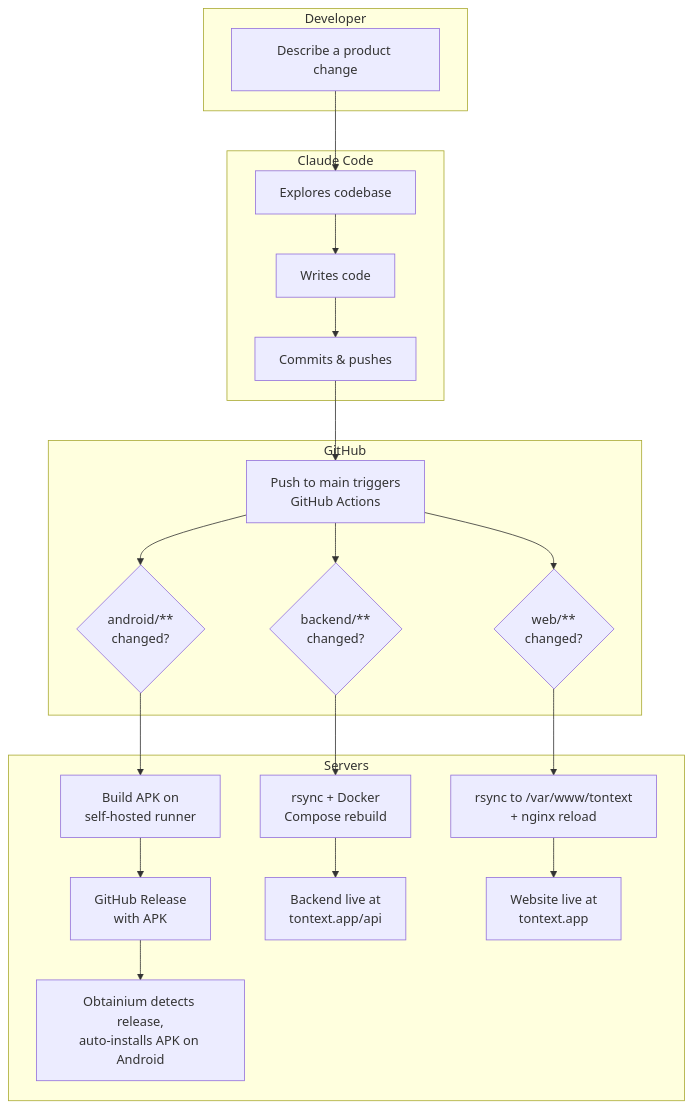
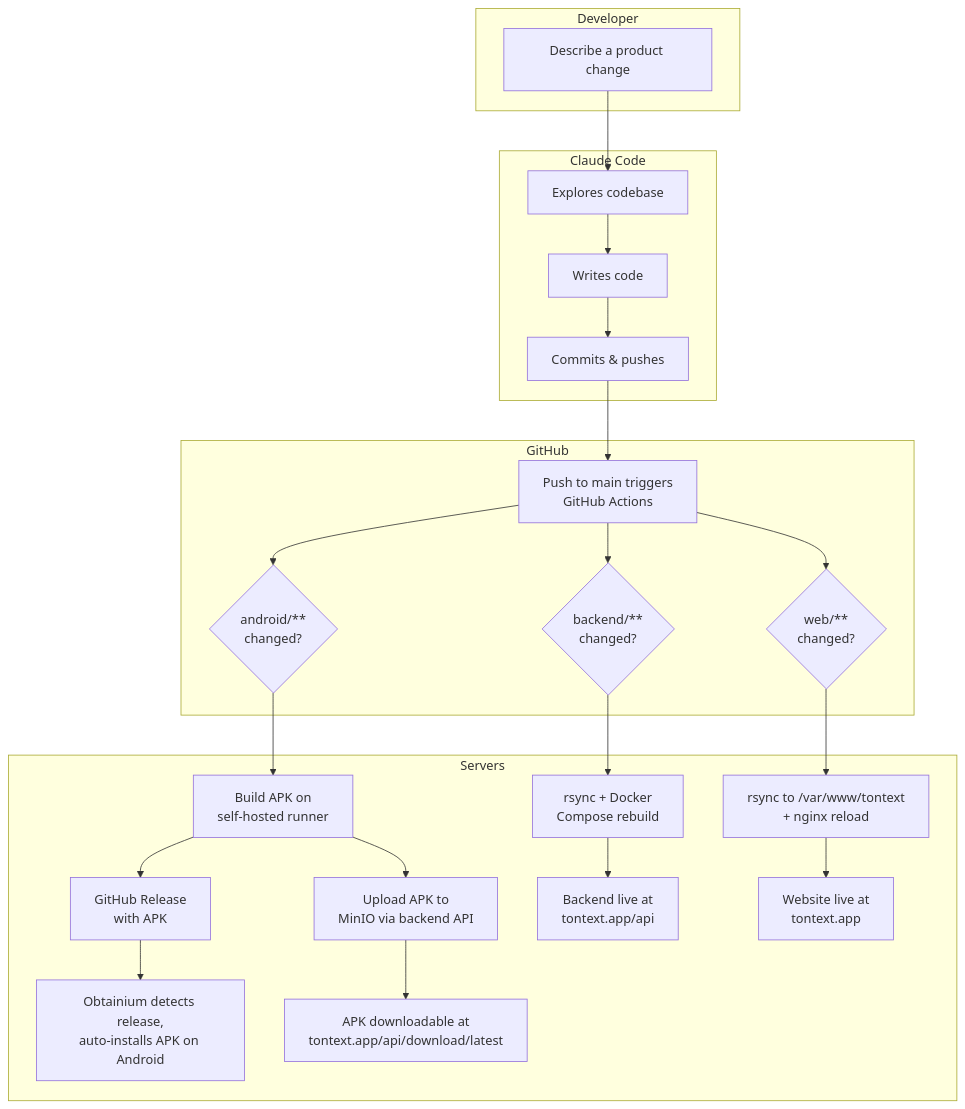
One commit to inaplay/tontext-android changed the diagram in README.md. Above: the diagram before and after it, drawn with Mermaid. The commit also changed other lines of this file, not shown here.

Commit message:
Update README diagram to show APK upload to MinIO after build
The build pipeline now has two distribution paths: GitHub Release for
Obtainium auto-updates, and MinIO upload for tontext.app/api/download.

````diff
--- a/README.md
+++ b/README.md
@@ -24,42 +24,45 @@
 ```mermaid
 graph TD
     subgraph Developer
         A[Describe a product change]
     end
 
     subgraph Claude_Code [Claude Code]
         B[Explores codebase]
         C[Writes code]
         D[Commits & pushes]
     end
 
     subgraph GitHub
         E[Push to main triggers<br/>GitHub Actions]
         F1{android/**<br/>changed?}
         F2{backend/**<br/>changed?}
         F3{web/**<br/>changed?}
     end
 
     subgraph Servers
         G1[Build APK on<br/>self-hosted runner]
         G2[rsync + Docker<br/>Compose rebuild]
         G3[rsync to /var/www/tontext<br/>+ nginx reload]
         H1[GitHub Release<br/>with APK]
+        H1b[Upload APK to<br/>MinIO via backend API]
         H2[Backend live at<br/>tontext.app/api]
         H3[Website live at<br/>tontext.app]
         I1[Obtainium detects release,<br/>auto-installs APK on Android]
+        I1b[APK downloadable at<br/>tontext.app/api/download/latest]
     end
 
     A --> B
     B --> C
     C --> D
     D --> E
 
     E --> F1
     E --> F2
     E --> F3
 
     F1 --> G1 --> H1 --> I1
+    G1 --> H1b --> I1b
     F2 --> G2 --> H2
     F3 --> G3 --> H3
 ```
````
